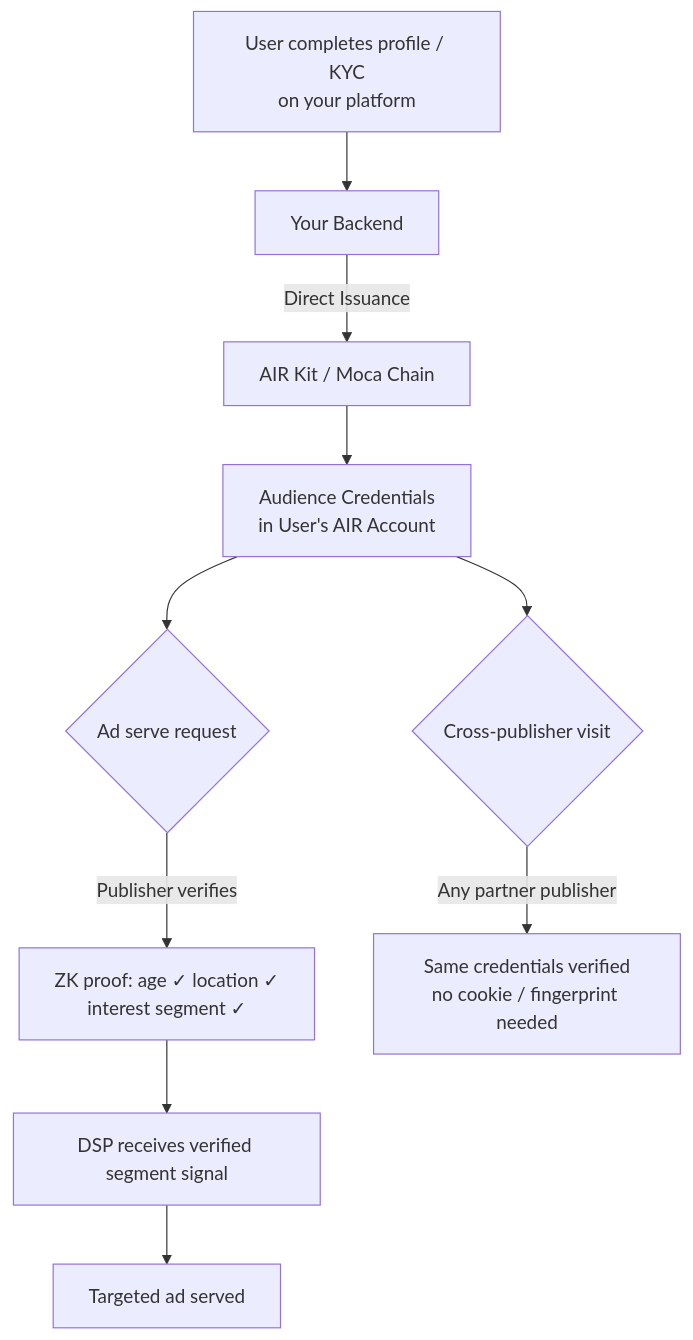
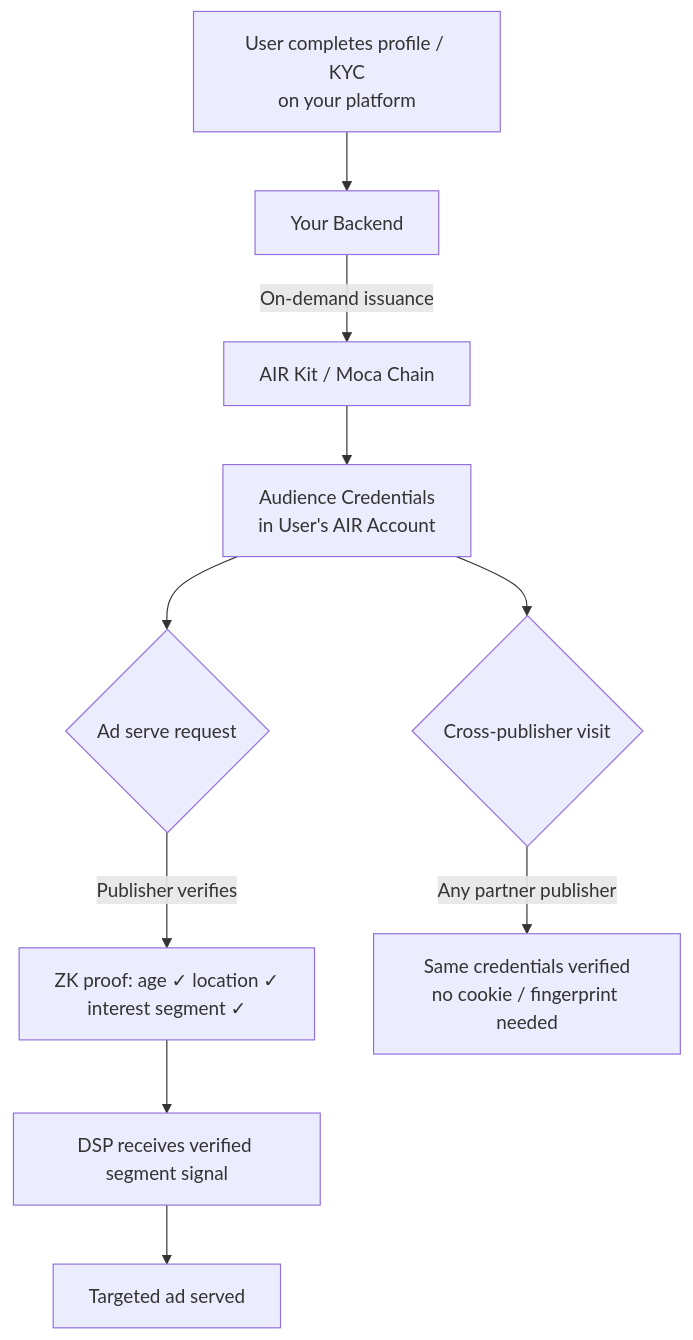
The diagram in airkit/guides/air-for-advertising.mdx (MocaNetwork/docs), drawn with Mermaid before and after one commit. The commit also changed other lines of this file and 31 other files, not shown here.

````diff
--- a/airkit/guides/air-for-advertising.mdx
+++ b/airkit/guides/air-for-advertising.mdx
@@ -20,14 +20,14 @@
 ```mermaid
 graph TD
     A["User completes profile / KYC\non your platform"] --> B[Your Backend]
-    B -->|Direct Issuance| C[AIR Kit / Moca Chain]
+    B -->| On-demand issuance| C[AIR Kit / Moca Chain]
     C --> D["Audience Credentials\nin User's AIR Account"]
 
     D --> E{Ad serve request}
     E -->|Publisher verifies| F["ZK proof: age ✓ location ✓\ninterest segment ✓"]
     F --> G[DSP receives verified segment signal]
     G --> H[Targeted ad served]
 
     D --> I{Cross-publisher visit}
     I -->|Any partner publisher| J["Same credentials verified\nno cookie / fingerprint needed"]
 ```
````
